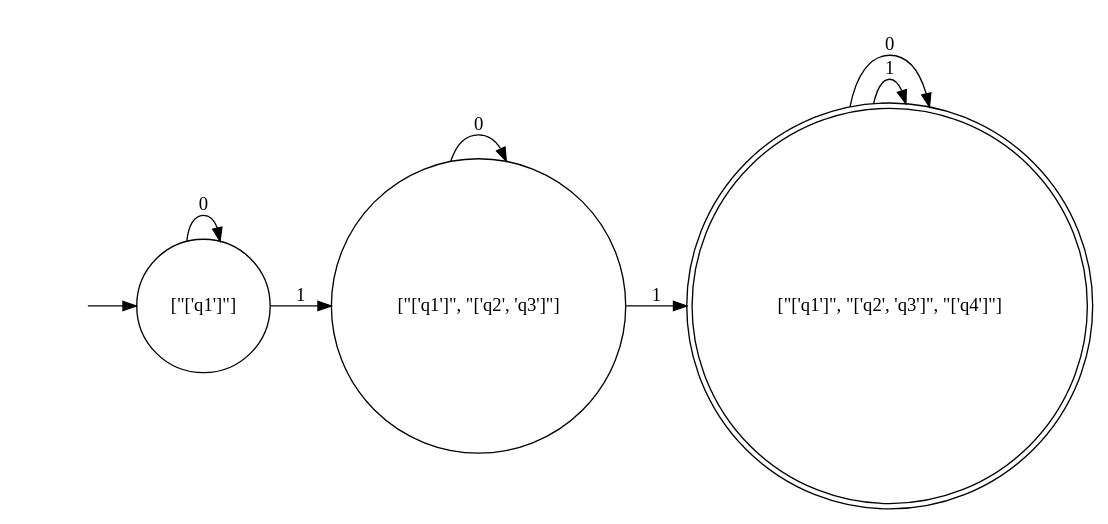
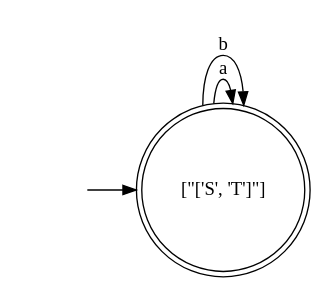
Before and after one commit to haziqfaiz-mmu/reg-grammar-to-nfa: the diagram in DFA.gv, drawn with Graphviz. The commit also changed 8 other files, not shown here.

```diff
--- a/DFA.gv
+++ b/DFA.gv
@@ -1,14 +1,8 @@
 digraph DFA {
 	graph [rankdir=LR]
 	"" [label="" shape=plaintext]
-	"[\"['q1']\", \"['q2', 'q3']\", \"['q4']\"]" [label="[\"['q1']\", \"['q2', 'q3']\", \"['q4']\"]" shape=doublecircle]
-	"[\"['q1']\", \"['q2', 'q3']\"]" [label="[\"['q1']\", \"['q2', 'q3']\"]" shape=circle]
-	"[\"['q1']\"]" [label="[\"['q1']\"]" shape=circle]
-	"" -> "[\"['q1']\"]" [label=""]
-	"[\"['q1']\"]" -> "[\"['q1']\", \"['q2', 'q3']\"]" [label=1]
-	"[\"['q1']\"]" -> "[\"['q1']\"]" [label=0]
-	"[\"['q1']\", \"['q2', 'q3']\"]" -> "[\"['q1']\", \"['q2', 'q3']\", \"['q4']\"]" [label=1]
-	"[\"['q1']\", \"['q2', 'q3']\"]" -> "[\"['q1']\", \"['q2', 'q3']\"]" [label=0]
-	"[\"['q1']\", \"['q2', 'q3']\", \"['q4']\"]" -> "[\"['q1']\", \"['q2', 'q3']\", \"['q4']\"]" [label=1]
-	"[\"['q1']\", \"['q2', 'q3']\", \"['q4']\"]" -> "[\"['q1']\", \"['q2', 'q3']\", \"['q4']\"]" [label=0]
+	"[\"['S', 'T']\"]" [label="[\"['S', 'T']\"]" shape=doublecircle]
+	"" -> "[\"['S', 'T']\"]" [label=""]
+	"[\"['S', 'T']\"]" -> "[\"['S', 'T']\"]" [label=a]
+	"[\"['S', 'T']\"]" -> "[\"['S', 'T']\"]" [label=b]
 }
```
